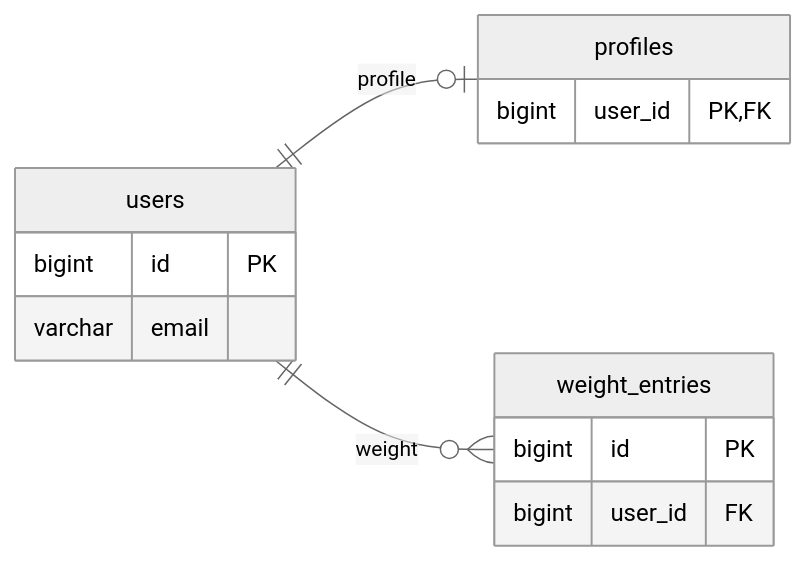
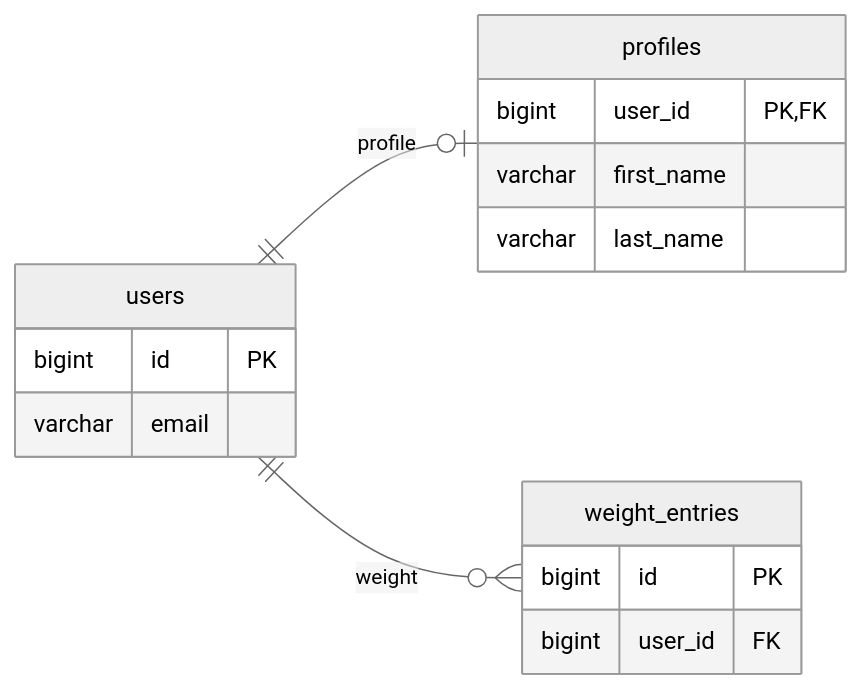
The first of 7 diagrams in docs/architecture/erd.md (xyzHooDlEzyx/software_documentation_kursova), drawn with Mermaid (neutral theme) before and after one commit. The commit also changed other lines of this file and 31 other files, not shown here.

````diff
--- a/docs/architecture/erd.md
+++ b/docs/architecture/erd.md
@@ -173,18 +173,20 @@
 ```mermaid
 erDiagram
   direction LR
   users {
     bigint id PK
     varchar email
   }
   profiles {
     bigint user_id PK, FK
+    varchar first_name
+    varchar last_name
   }
   weight_entries {
     bigint id PK
     bigint user_id FK
   }
 
   users ||--o| profiles : profile
   users ||--o{ weight_entries : weight
 ```
````
